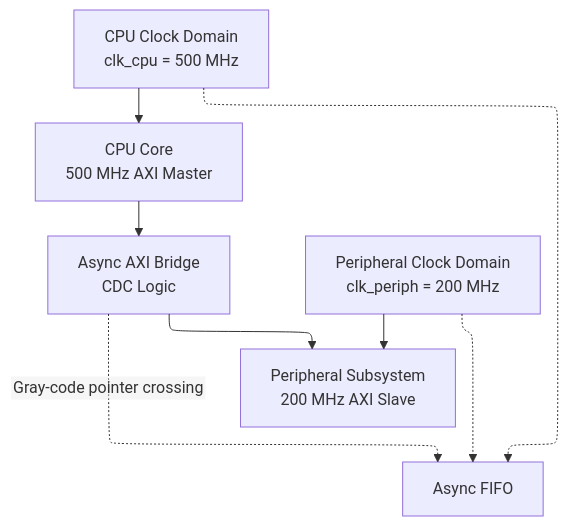
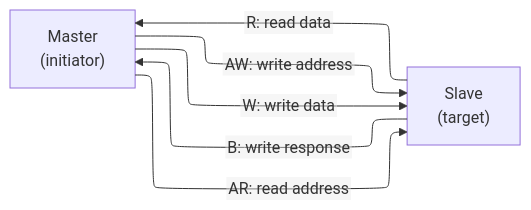
One commit to Wty2003328/silicon-design-notebook changed the second of 2 diagrams in 01_Architecture_and_PPA/11_AHB_AXI_APB.md. Above: the diagram before and after it, drawn with Mermaid. The commit also changed other lines of this file and 26 other files, not shown here.

Commit message:
Concept-first hard rework checkpoint: Architecture, Fundamentals, Power folders complete (~25 pages reworked)

````diff
--- a/01_Architecture_and_PPA/11_AHB_AXI_APB.md
+++ b/01_Architecture_and_PPA/11_AHB_AXI_APB.md
@@ -1610,11 +96,11 @@
 ```mermaid
-%%{init: {"flowchart": {"defaultRenderer": "elk", "nodeSpacing": 60, "rankSpacing": 60, "htmlLabels": false}}}%%
-flowchart TD
-    A[CPU Core<br>500 MHz AXI Master] --> B[Async AXI Bridge<br>CDC Logic]
-    B --> C[Peripheral Subsystem<br>200 MHz AXI Slave]
-    D[CPU Clock Domain<br>clk_cpu = 500 MHz] --> A
-    E[Peripheral Clock Domain<br>clk_periph = 200 MHz] --> C
-    B -.->|Gray-code pointer crossing| F[Async FIFO]
-    D -.-> F
-    E -.-> F
+%%{init: {"flowchart": {"defaultRenderer": "elk", "nodeSpacing": 50, "rankSpacing": 50, "htmlLabels": false}}}%%
+flowchart LR
+    M["Master\n(initiator)"]
+    S["Slave\n(target)"]
+    M -- "AW: write address" --> S
+    M -- "W: write data" --> S
+    S -- "B: write response" --> M
+    M -- "AR: read address" --> S
+    S -- "R: read data" --> M
 ```
````
